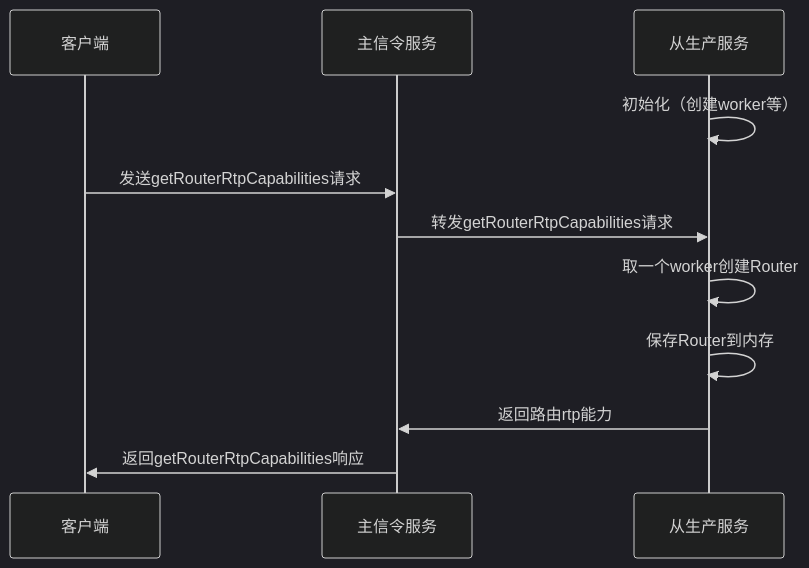
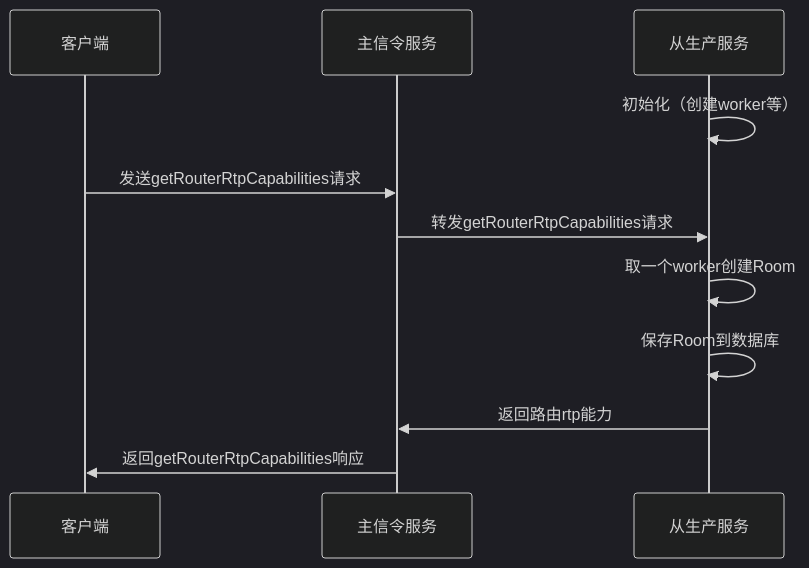
One commit to long12310225/mediasoup-cluster changed the diagram in docs/流程图/信令流程/001_getRouterRtpCapabilities.md. Above: the diagram before and after it, drawn with Mermaid (dark theme). The commit also changed 189 other files, not shown here.

````diff
--- a/docs/流程图/信令流程/001_getRouterRtpCapabilities.md
+++ b/docs/流程图/信令流程/001_getRouterRtpCapabilities.md
@@ -1,13 +1,14 @@
 ```mermaid
 sequenceDiagram
     participant Client as 客户端
     participant Master as 主信令服务
     participant Producer as 从生产服务
+    
     Producer->>Producer: 初始化（创建worker等）
     Client->>Master: 发送getRouterRtpCapabilities请求
     Master->>Producer: 转发getRouterRtpCapabilities请求
-    Producer->>Producer: 取一个worker创建Router
-    Producer->>Producer: 保存Router到内存
+    Producer->>Producer: 取一个worker创建Room
+    Producer->>Producer: 保存Room到数据库
     Producer->>Master: 返回路由rtp能力
     Master->>Client: 返回getRouterRtpCapabilities响应
 ```
````
